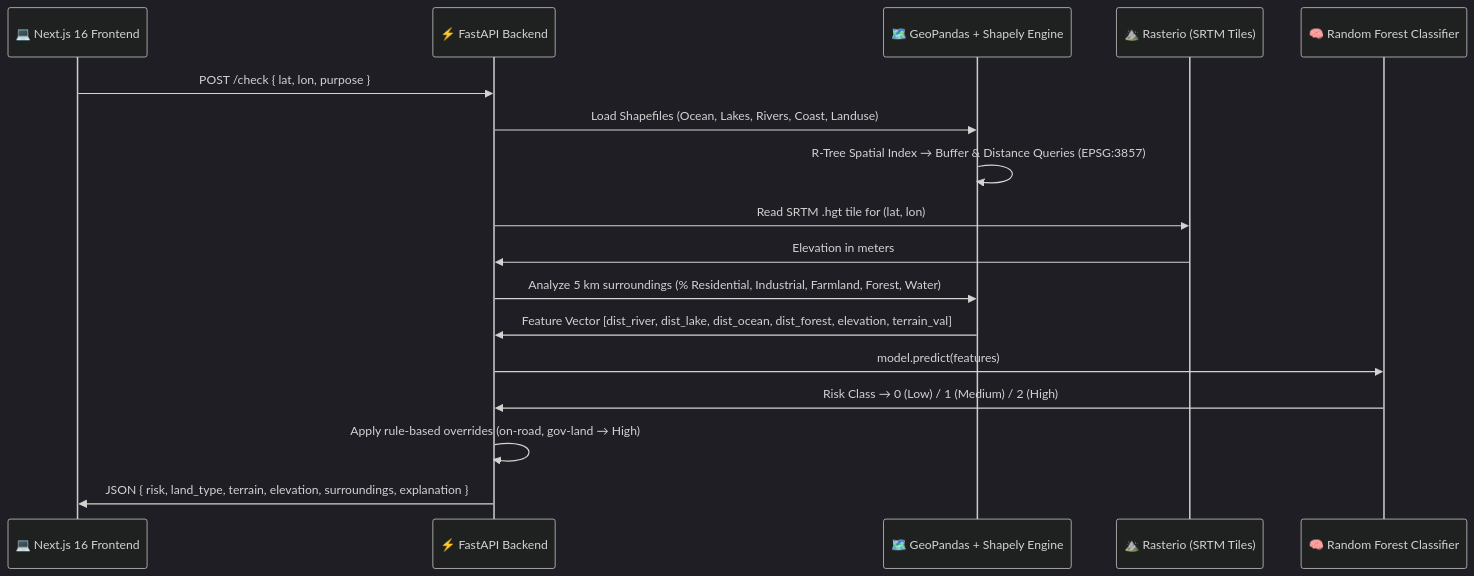
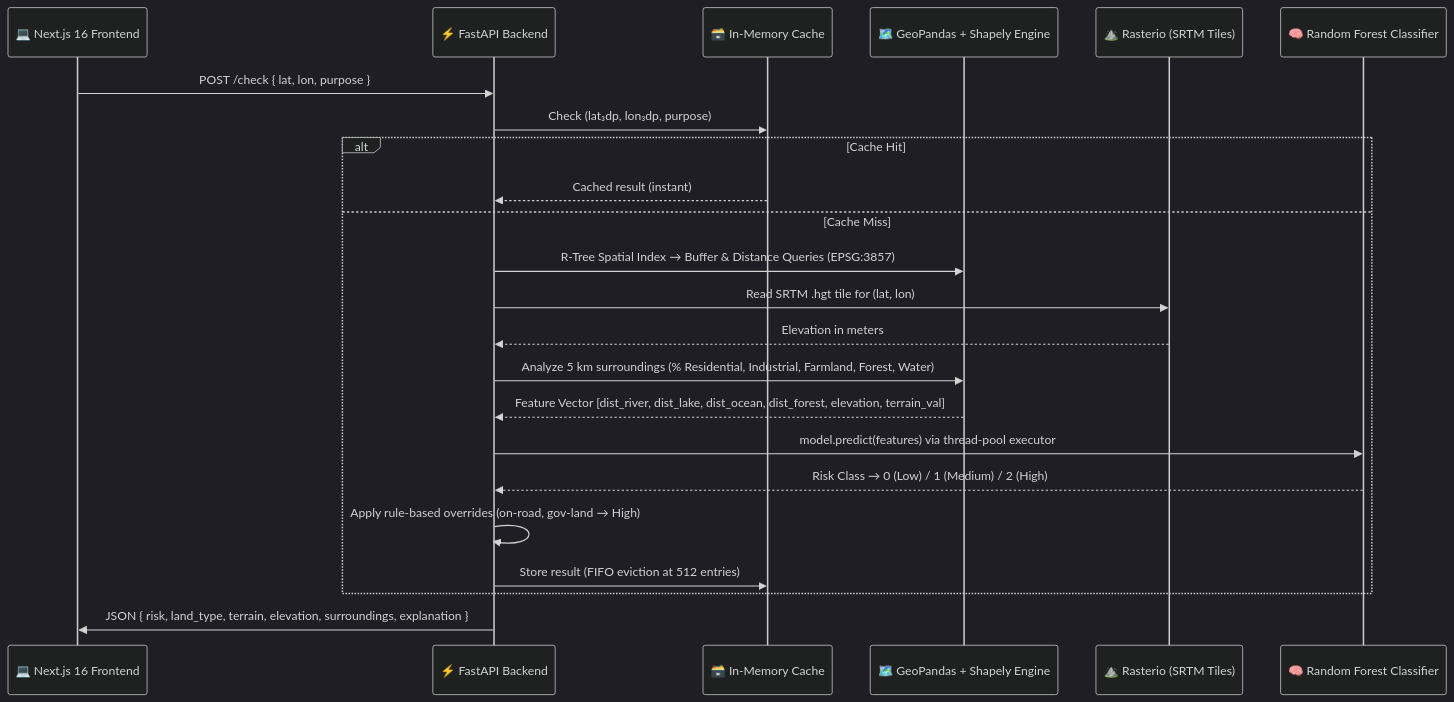
Before and after one commit to abdulsami-S/GeoSafe-AI: the second of 2 diagrams in README.md, drawn with Mermaid (dark theme). The commit also changed other lines of this file, not shown here.

````diff
--- a/README.md
+++ b/README.md
@@ -27,20 +27,26 @@
 ```mermaid
 sequenceDiagram
     participant User as 💻 Next.js 16 Frontend
     participant API as ⚡ FastAPI Backend
+    participant Cache as 🗃️ In-Memory Cache
     participant GIS as 🗺️ GeoPandas + Shapely Engine
     participant ELV as ⛰️ Rasterio (SRTM Tiles)
     participant ML as 🧠 Random Forest Classifier
 
     User->>API: POST /check { lat, lon, purpose }
-    API->>GIS: Load Shapefiles (Ocean, Lakes, Rivers, Coast, Landuse)
-    GIS->>GIS: R-Tree Spatial Index → Buffer & Distance Queries (EPSG:3857)
-    API->>ELV: Read SRTM .hgt tile for (lat, lon)
-    ELV->>API: Elevation in meters
-    API->>GIS: Analyze 5 km surroundings (% Residential, Industrial, Farmland, Forest, Water)
-    GIS->>API: Feature Vector [dist_river, dist_lake, dist_ocean, dist_forest, elevation, terrain_val]
-    API->>ML: model.predict(features)
-    ML->>API: Risk Class → 0 (Low) / 1 (Medium) / 2 (High)
-    API->>API: Apply rule-based overrides (on-road, gov-land → High)
+    API->>Cache: Check (lat₃dp, lon₃dp, purpose)
+    alt Cache Hit
+        Cache-->>API: Cached result (instant)
+    else Cache Miss
+        API->>GIS: R-Tree Spatial Index → Buffer & Distance Queries (EPSG:3857)
+        API->>ELV: Read SRTM .hgt tile for (lat, lon)
+        ELV-->>API: Elevation in meters
+        API->>GIS: Analyze 5 km surroundings (% Residential, Industrial, Farmland, Forest, Water)
+        GIS-->>API: Feature Vector [dist_river, dist_lake, dist_ocean, dist_forest, elevation, terrain_val]
+        API->>ML: model.predict(features) via thread-pool executor
+        ML-->>API: Risk Class → 0 (Low) / 1 (Medium) / 2 (High)
+        API->>API: Apply rule-based overrides (on-road, gov-land → High)
+        API->>Cache: Store result (FIFO eviction at 512 entries)
+    end
     API->>User: JSON { risk, land_type, terrain, elevation, surroundings, explanation }
 ```
````
